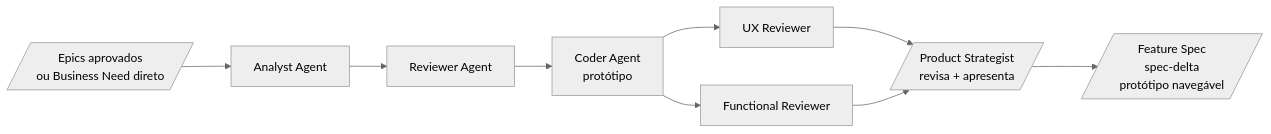
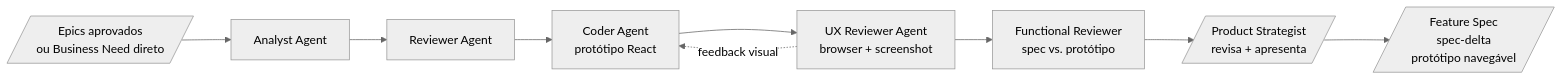
One commit to giselebellon/hello-world-fullstack changed the fifth of 7 diagrams in docs/Kognit_reThink_novo_processo.md. Above: the diagram before and after it, drawn with Mermaid (neutral theme). The commit also changed other lines of this file and 2 other files, not shown here.

````diff
--- a/docs/Kognit_reThink_novo_processo.md
+++ b/docs/Kognit_reThink_novo_processo.md
@@ -348,13 +349,15 @@
 ```mermaid
 flowchart LR
     IN[/"Epics aprovados\nou Business Need direto"/]
     AA2["Analyst Agent"]
     RV2["Reviewer Agent"]
-    CA["Coder Agent\nprotótipo"]
-    UX["UX Reviewer"]
-    FR["Functional Reviewer"]
+    CA["Coder Agent\nprotótipo React"]
+    UX["UX Reviewer Agent\nbrowser + screenshot"]
+    FR["Functional Reviewer\nspec vs. protótipo"]
     PS2[/"Product Strategist\nrevisa + apresenta"/]
     OUT[/"Feature Spec\nspec-delta\nprotótipo navegável"/]
 
-    IN --> AA2 --> RV2 --> CA --> UX & FR --> PS2 --> OUT
+    IN --> AA2 --> RV2 --> CA --> UX --> FR
+    UX -.->|"feedback visual"| CA
+    FR --> PS2 --> OUT
 ```
````
